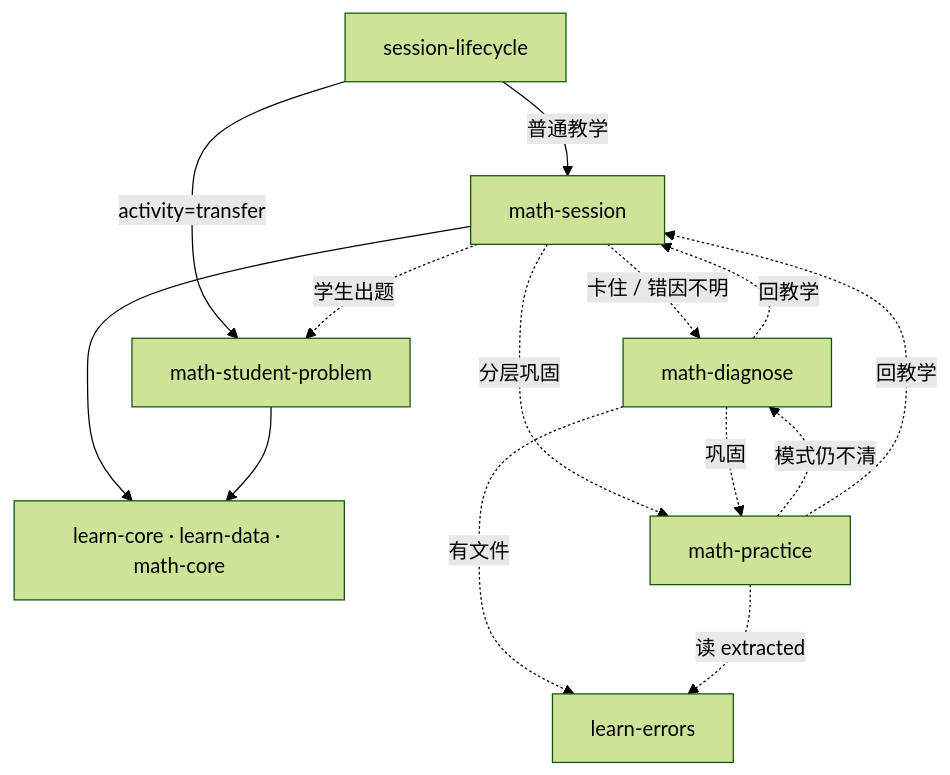
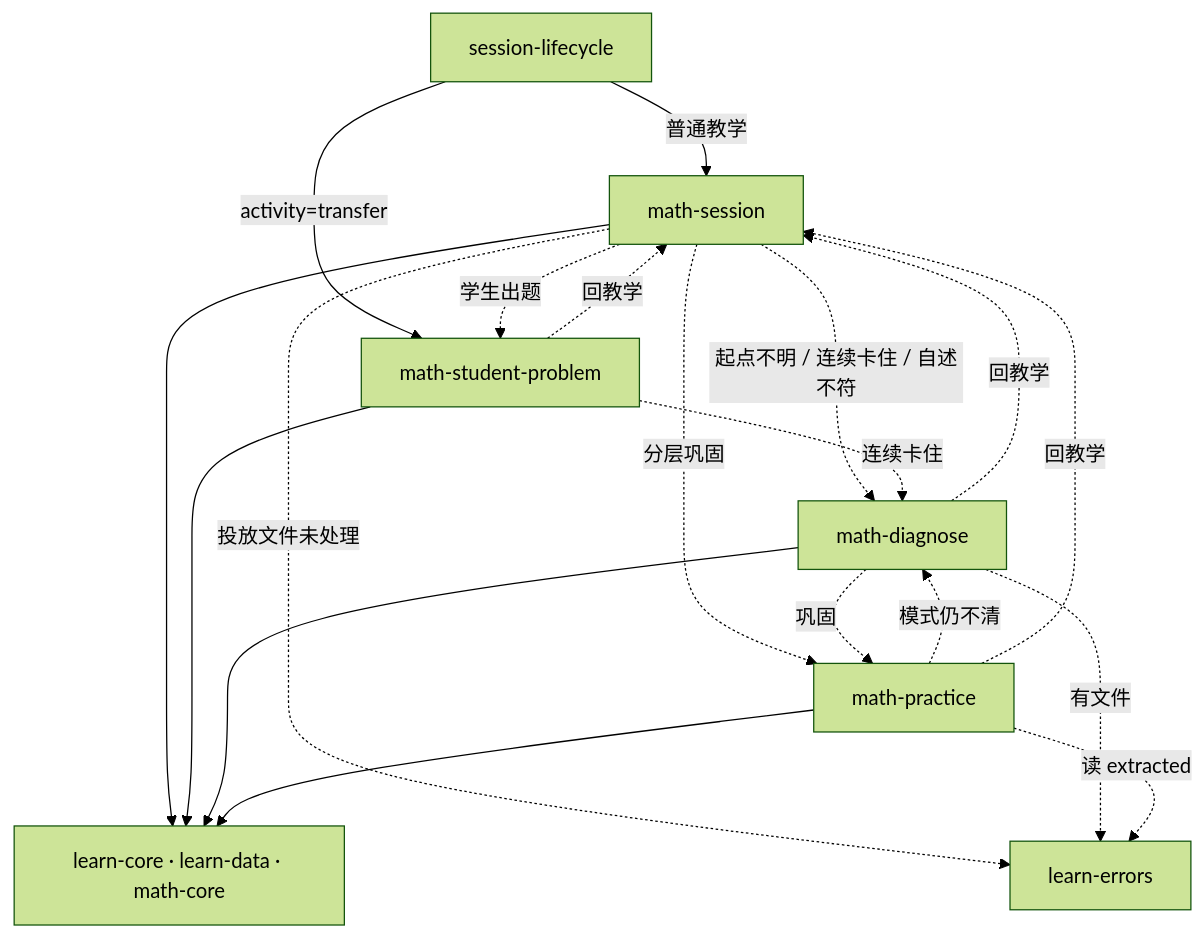
Before and after one commit to gengyabc/baicai-edu: the fifth of 17 diagrams in docs/skills/call-graph.md, drawn with Mermaid (forest theme). The commit also changed other lines of this file and 19 other files, not shown here.

First line of the commit message:
Split math teaching rules into focused references and sync the call graph.

````diff
--- a/docs/skills/call-graph.md
+++ b/docs/skills/call-graph.md
@@ -126,20 +130,25 @@
 ```mermaid
 flowchart TB
   SL["session-lifecycle"]
   SL -->|普通教学| MS["math-session"]
   SL -->|activity=transfer| MSP["math-student-problem"]
 
   MS --> Base["learn-core · learn-data · math-core"]
   MSP --> Base
+  MD["math-diagnose"] --> Base
+  MP["math-practice"] --> Base
 
-  MS -.->|卡住 / 错因不明| MD["math-diagnose"]
-  MS -.->|分层巩固| MP["math-practice"]
+  MS -.->|投放文件未处理| LE["learn-errors"]
+  MS -.->|起点不明 / 连续卡住 / 自述不符| MD
+  MS -.->|分层巩固| MP
   MS -.->|学生出题| MSP
 
   MD -.->|巩固| MP
   MD -.->|回教学| MS
-  MD -.->|有文件| LE["learn-errors"]
+  MD -.->|有文件| LE
   MP -.->|模式仍不清| MD
   MP -.->|读 extracted| LE
   MP -.->|回教学| MS
+  MSP -.->|连续卡住| MD
+  MSP -.->|回教学| MS
 ```
````
